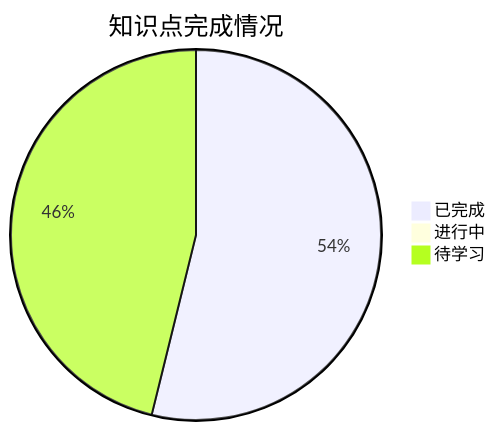
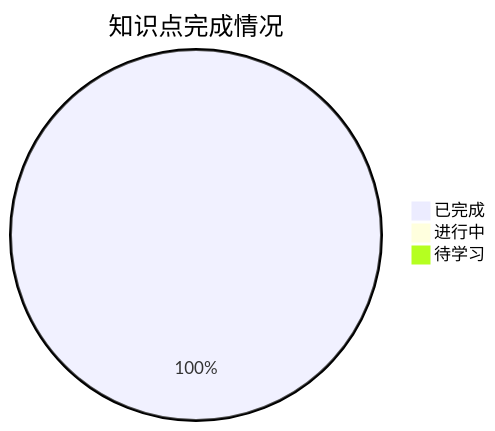
One commit to Treasoni/kaoyan changed the diagram in 考研数学/高数-一元微分学/一元微分学的概念/📊 学习进度.md. Above: the diagram before and after it, drawn with Mermaid. The commit also changed other lines of this file and 4 other files, not shown here.

````diff
--- a/考研数学/高数-一元微分学/一元微分学的概念/📊 学习进度.md
+++ b/考研数学/高数-一元微分学/一元微分学的概念/📊 学习进度.md
@@ -13,6 +13,6 @@
 ```mermaid
 pie title 知识点完成情况
-    "已完成" : 7
+    "已完成" : 13
     "进行中" : 0
-    "待学习" : 6
+    "待学习" : 0
 ```
````
